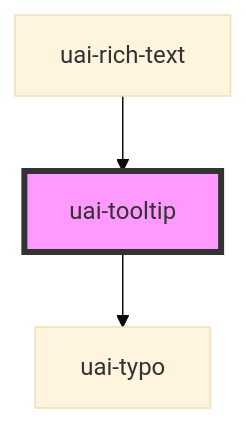
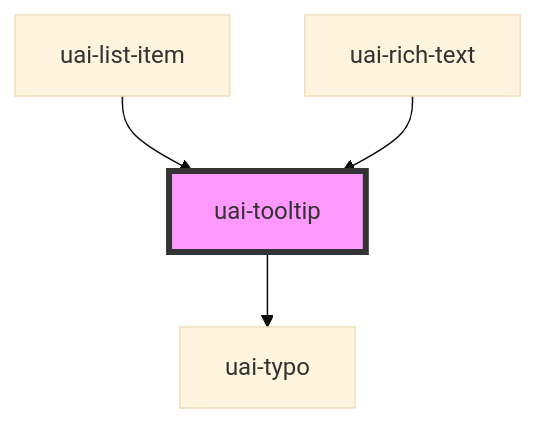
The diagram in src/components/uai-tooltip/readme.md (takenet/blip-ds), drawn with Mermaid (base theme) before and after one commit. The commit also changed other lines of this file and 10 other files, not shown here.

````diff
--- a/src/components/uai-tooltip/readme.md
+++ b/src/components/uai-tooltip/readme.md
@@ -72,6 +73,7 @@
 ```mermaid
 graph TD;
   uai-tooltip --> uai-typo
+  uai-list-item --> uai-tooltip
   uai-rich-text --> uai-tooltip
   style uai-tooltip fill:#f9f,stroke:#333,stroke-width:4px
 ```
````
